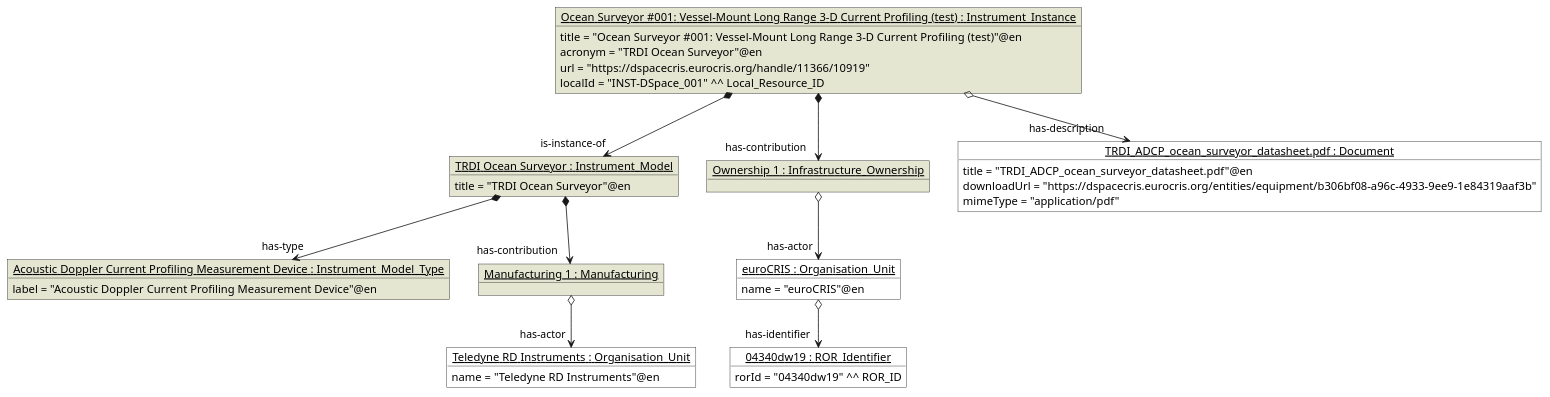
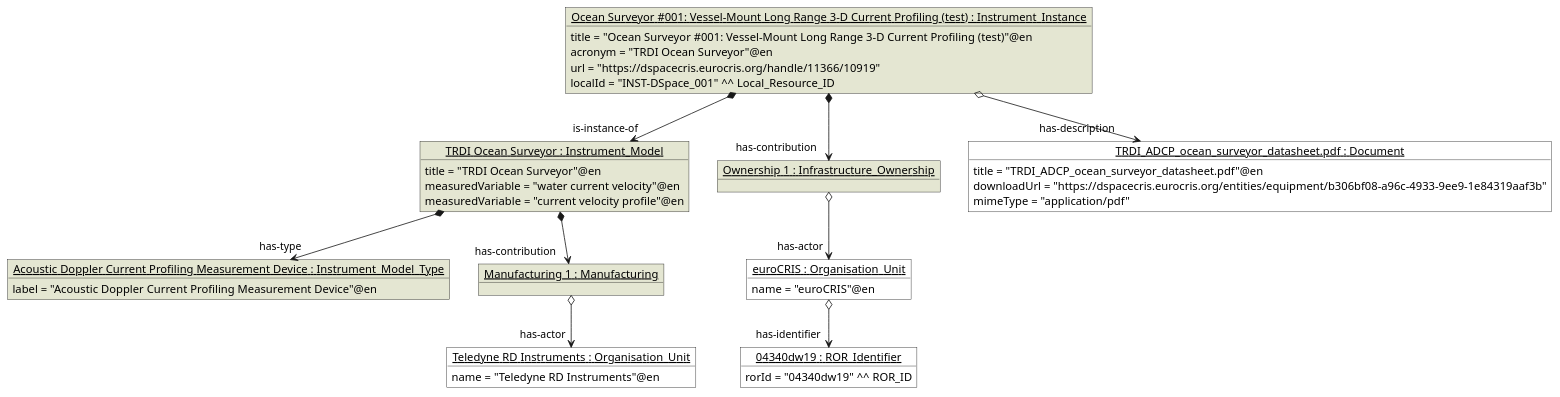
One commit to EuroCRIS/CERIF-InstrumentsModule changed the diagram in examples/01_Ocean_Surveyor/example01.puml. Above: the diagram before and after it, drawn with PlantUML. The commit also changed 8 other files, not shown here.

First line of the commit message:
Add Instrument_Model.measuredVariable and close the remaining attribute items

```diff
--- a/examples/01_Ocean_Surveyor/example01.puml
+++ b/examples/01_Ocean_Surveyor/example01.puml
@@ -1,56 +1,58 @@
 @startuml
 
     object "<u>Ocean Surveyor #001: Vessel-Mount Long Range 3-D Current Profiling (test) : Instrument_Instance</u>" as instance #E4E6D2 {
         title = "Ocean Surveyor #001: Vessel-Mount Long Range 3-D Current Profiling (test)"@en
         acronym = "TRDI Ocean Surveyor"@en
         url = "https://dspacecris.eurocris.org/handle/11366/10919"
         localId = "INST-DSpace_001" ^^ Local_Resource_ID
     }
 
     object "<u>TRDI Ocean Surveyor : Instrument_Model</u>" as model #E4E6D2 {
         title = "TRDI Ocean Surveyor"@en
+        measuredVariable = "water current velocity"@en
+        measuredVariable = "current velocity profile"@en
     }
 
     object "<u>Acoustic Doppler Current Profiling Measurement Device : Instrument_Model_Type</u>" as modelType #E4E6D2 {
         label = "Acoustic Doppler Current Profiling Measurement Device"@en
     }
 
     object "<u>Ownership 1 : Infrastructure_Ownership</u>" as ownership #E4E6D2
 
     object "<u>Manufacturing 1 : Manufacturing</u>" as manufacturing #E4E6D2
 
     object "<u>euroCRIS : Organisation_Unit</u>" as eurocris #ffffff {
         name = "euroCRIS"@en
     }
 
     object "<u>04340dw19 : ROR_Identifier</u>" as eurocris_ror #ffffff {
         rorId = "04340dw19" ^^ ROR_ID
     }
 
     object "<u>Teledyne RD Instruments : Organisation_Unit</u>" as teledyne #ffffff {
         name = "Teledyne RD Instruments"@en
     }
 
     object "<u>TRDI_ADCP_ocean_surveyor_datasheet.pdf : Document</u>" as datasheet #ffffff {
         title = "TRDI_ADCP_ocean_surveyor_datasheet.pdf"@en
         downloadUrl = "https://dspacecris.eurocris.org/entities/equipment/b306bf08-a96c-4933-9ee9-1e84319aaf3b"
         mimeType = "application/pdf"
     }
 
     instance *--> "is-instance-of" model
 
     model *--> "has-type" modelType
 
     instance *--> "has-contribution" ownership
 
     ownership o--> "has-actor" eurocris
 
     eurocris o--> "has-identifier" eurocris_ror
 
     model *--> "has-contribution" manufacturing
 
     manufacturing o--> "has-actor" teledyne
 
     instance o--> "has-description" datasheet
 
 @enduml
```
